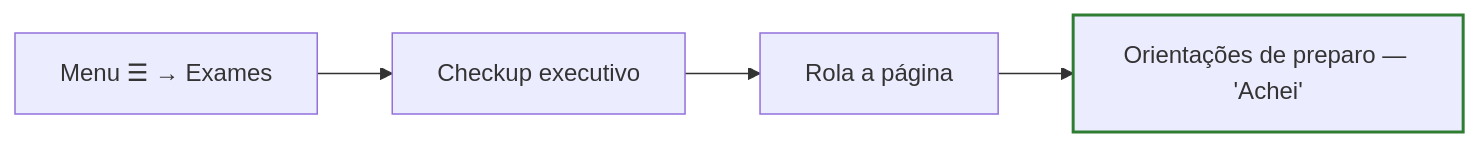
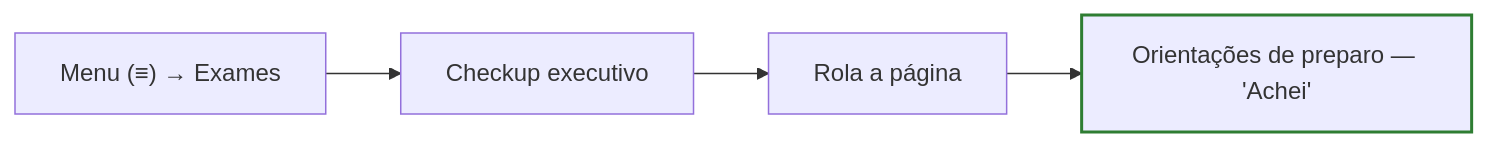
One commit to UnB-IHC/IHC_2026.1_Grupo07 changed the fifth of 5 diagrams in docs/ihc-sabin/teste-usabilidade/resultados.md. Above: the diagram before and after it, drawn with Mermaid. The commit also changed other lines of this file and 15 other files, not shown here.

````diff
--- a/docs/ihc-sabin/teste-usabilidade/resultados.md
+++ b/docs/ihc-sabin/teste-usabilidade/resultados.md
@@ -318,8 +315,8 @@
     ```mermaid
     flowchart LR
-        A["Menu ☰ → Exames"] --> B["Checkup executivo"]
+        A["Menu (≡) → Exames"] --> B["Checkup executivo"]
         B --> C["Rola a página"]
         C --> D["Orientações de preparo — 'Achei'"]
 
         style D stroke:#2e7d32,stroke-width:2px
     ```
````
